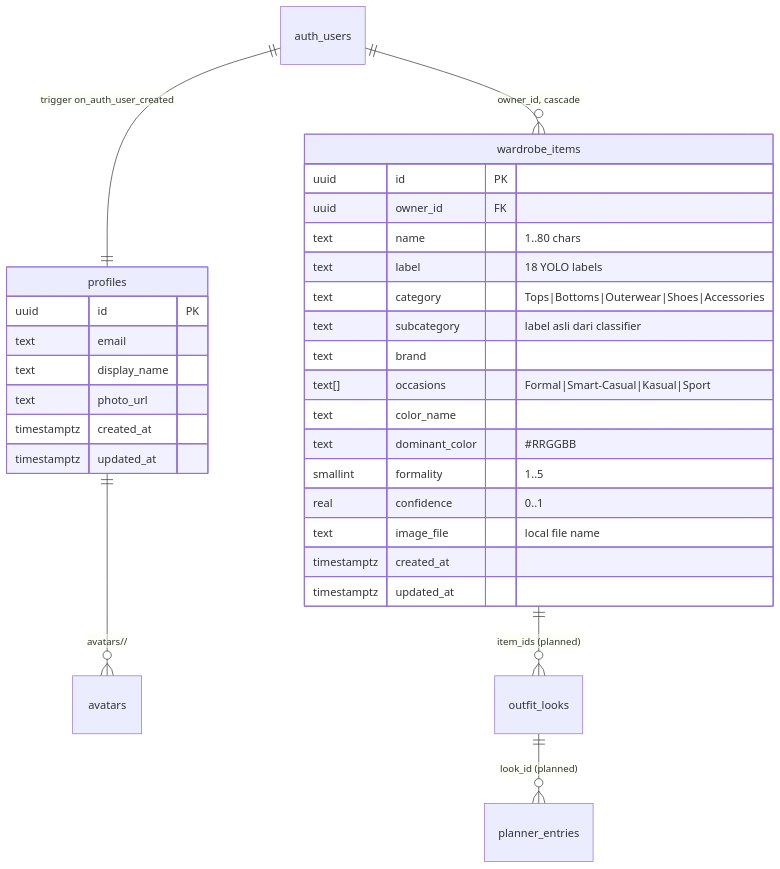
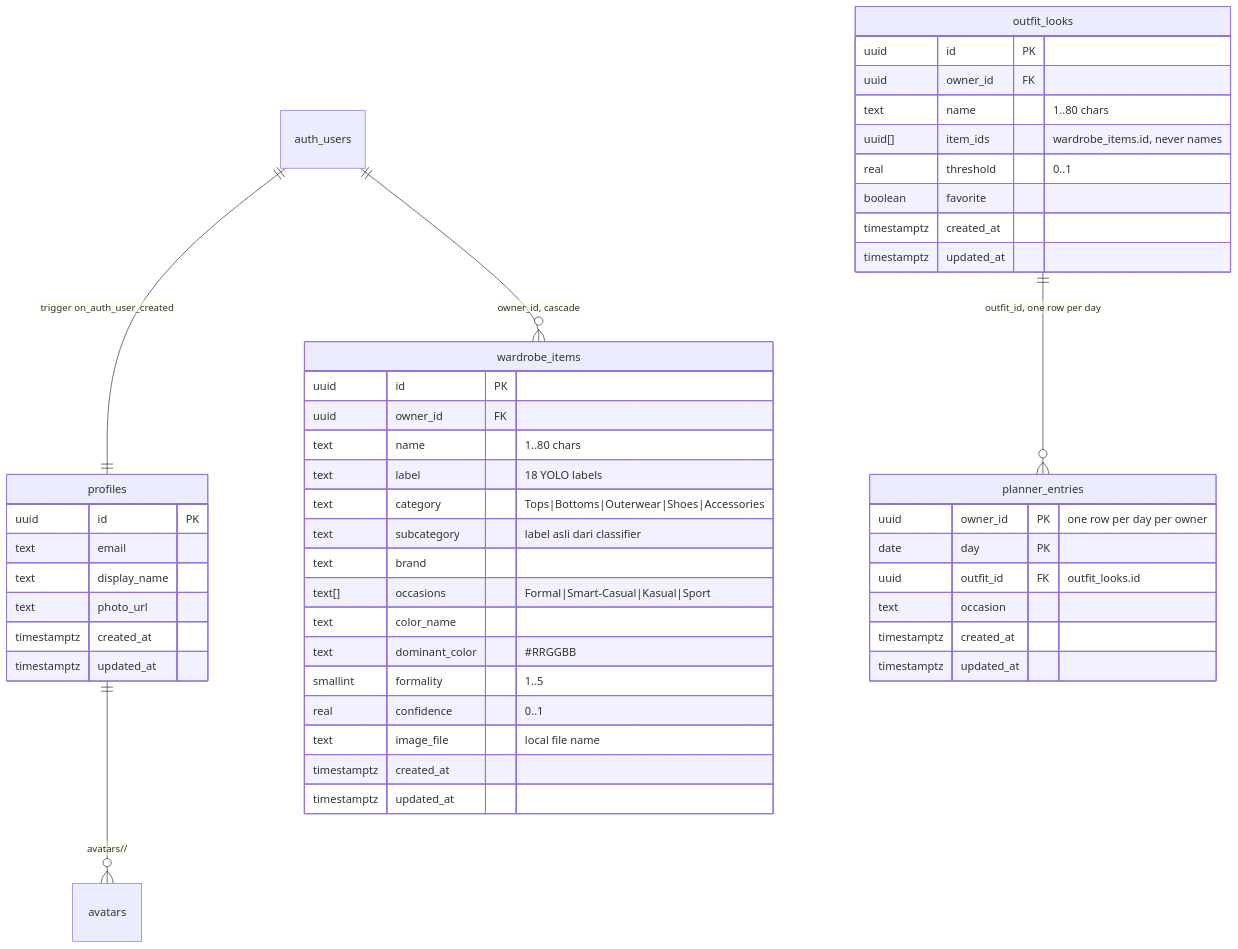
Before and after one commit to Destian0870/gayaku: the diagram in supabase/README.md, drawn with Mermaid. The commit also changed other lines of this file and 1 other file, not shown here.

Commit message:
docs(supabase): document outfit_looks and planner_entries

````diff
--- a/supabase/README.md
+++ b/supabase/README.md
@@ -18,34 +21,51 @@
 ```mermaid
 erDiagram
   auth_users ||--|| profiles : "trigger on_auth_user_created"
   auth_users ||--o{ wardrobe_items : "owner_id, cascade"
   profiles ||--o{ avatars : "avatars/<uid>/"
-  wardrobe_items ||--o{ outfit_looks : "item_ids (planned)"
-  outfit_looks ||--o{ planner_entries : "look_id (planned)"
+  outfit_looks ||--o{ planner_entries : "outfit_id, one row per day"
 
   profiles {
     uuid id PK
     text email
     text display_name
     text photo_url
     timestamptz created_at
     timestamptz updated_at
   }
   wardrobe_items {
     uuid id PK
     uuid owner_id FK
     text name "1..80 chars"
     text label "18 YOLO labels"
     text category "Tops|Bottoms|Outerwear|Shoes|Accessories"
     text subcategory "label asli dari classifier"
     text brand
     text[] occasions "Formal|Smart-Casual|Kasual|Sport"
     text color_name
     text dominant_color "#RRGGBB"
     smallint formality "1..5"
     real confidence "0..1"
     text image_file "local file name"
     timestamptz created_at
     timestamptz updated_at
   }
+  outfit_looks {
+    uuid id PK
+    uuid owner_id FK
+    text name "1..80 chars"
+    uuid[] item_ids "wardrobe_items.id, never names"
+    real threshold "0..1"
+    boolean favorite
+    timestamptz created_at
+    timestamptz updated_at
+  }
+  planner_entries {
+    uuid owner_id PK "one row per day per owner"
+    date day PK
+    uuid outfit_id FK "outfit_looks.id"
+    text occasion
+    timestamptz created_at
+    timestamptz updated_at
+  }
 ```
````
